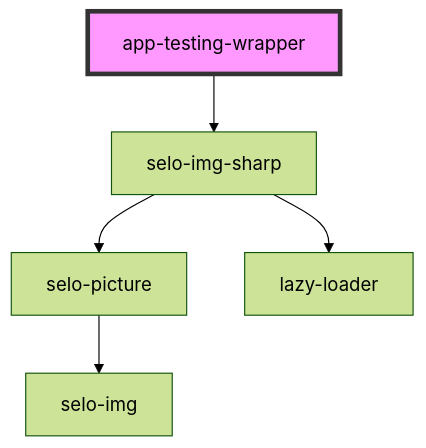
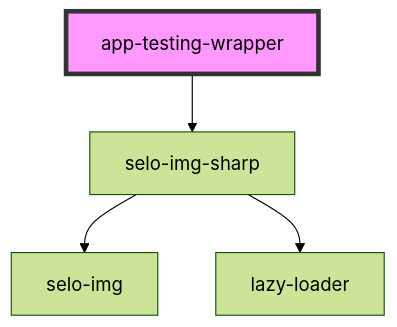
The diagram in src/components/app-testing-wrapper/readme.md (selodev/selo-image-sharp), drawn with Mermaid (forest theme) before and after one commit. The commit also changed 2 other files, not shown here.

Commit message:
auto updates in docks

````diff
--- a/src/components/app-testing-wrapper/readme.md
+++ b/src/components/app-testing-wrapper/readme.md
@@ -24,8 +24,7 @@
 ```mermaid
 graph TD;
   app-testing-wrapper --> selo-img-sharp
-  selo-img-sharp --> selo-picture
+  selo-img-sharp --> selo-img
   selo-img-sharp --> lazy-loader
-  selo-picture --> selo-img
   style app-testing-wrapper fill:#f9f,stroke:#333,stroke-width:4px
 ```
````
